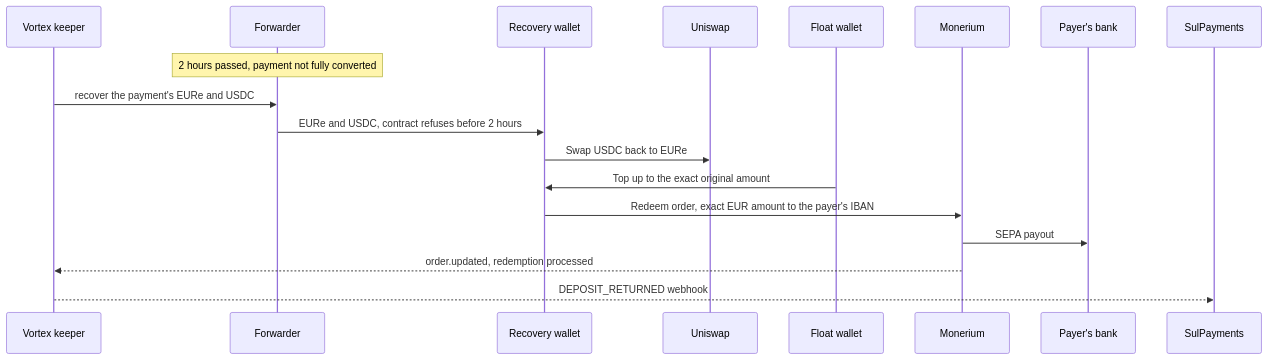
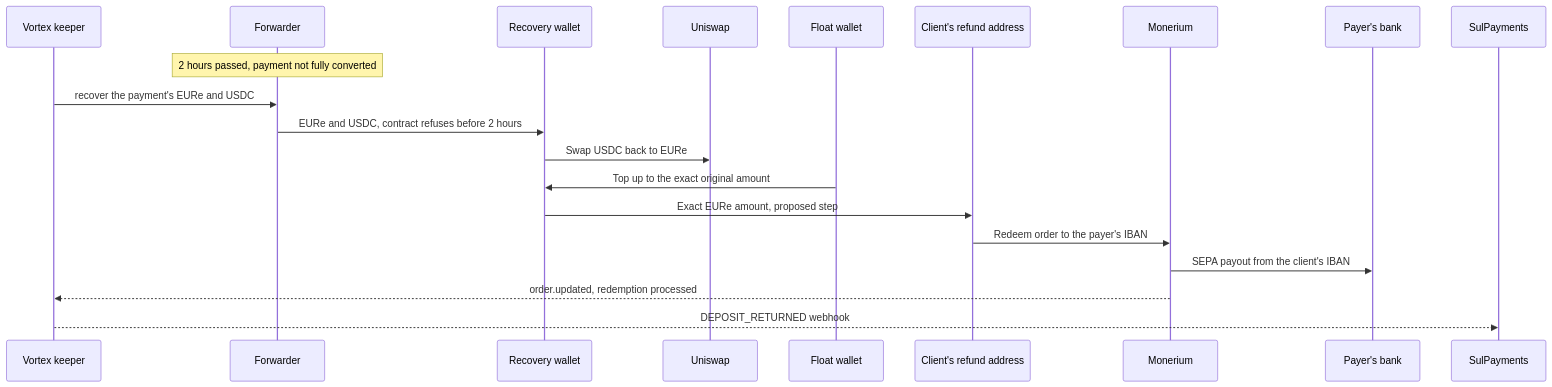
The fifth of 6 diagrams in docs/product-monerium-b2b-flow.md (pendulum-chain/vortex), drawn with Mermaid before and after one commit. The commit also changed other lines of this file, not shown here.

First line of the commit message:
docs(repo): answer Monerium flow questions and propose per-client refund addresses

````diff
--- a/docs/product-monerium-b2b-flow.md
+++ b/docs/product-monerium-b2b-flow.md
@@ -295,21 +326,23 @@
 ```mermaid
 sequenceDiagram
     participant V as Vortex keeper
     participant F as Forwarder
     participant R as Recovery wallet
     participant U as Uniswap
     participant FL as Float wallet
+    participant RA as Client's refund address
     participant M as Monerium
     participant B as Payer's bank
     participant SP as SulPayments
 
     Note over F: 2 hours passed, payment not fully converted
     V->>F: recover the payment's EURe and USDC
     F->>R: EURe and USDC, contract refuses before 2 hours
     R->>U: Swap USDC back to EURe
     FL->>R: Top up to the exact original amount
-    R->>M: Redeem order, exact EUR amount to the payer's IBAN
-    M->>B: SEPA payout
+    R->>RA: Exact EURe amount, proposed step
+    RA->>M: Redeem order to the payer's IBAN
+    M->>B: SEPA payout from the client's IBAN
     M-->>V: order.updated, redemption processed
     V-->>SP: DEPOSIT_RETURNED webhook
 ```
````
